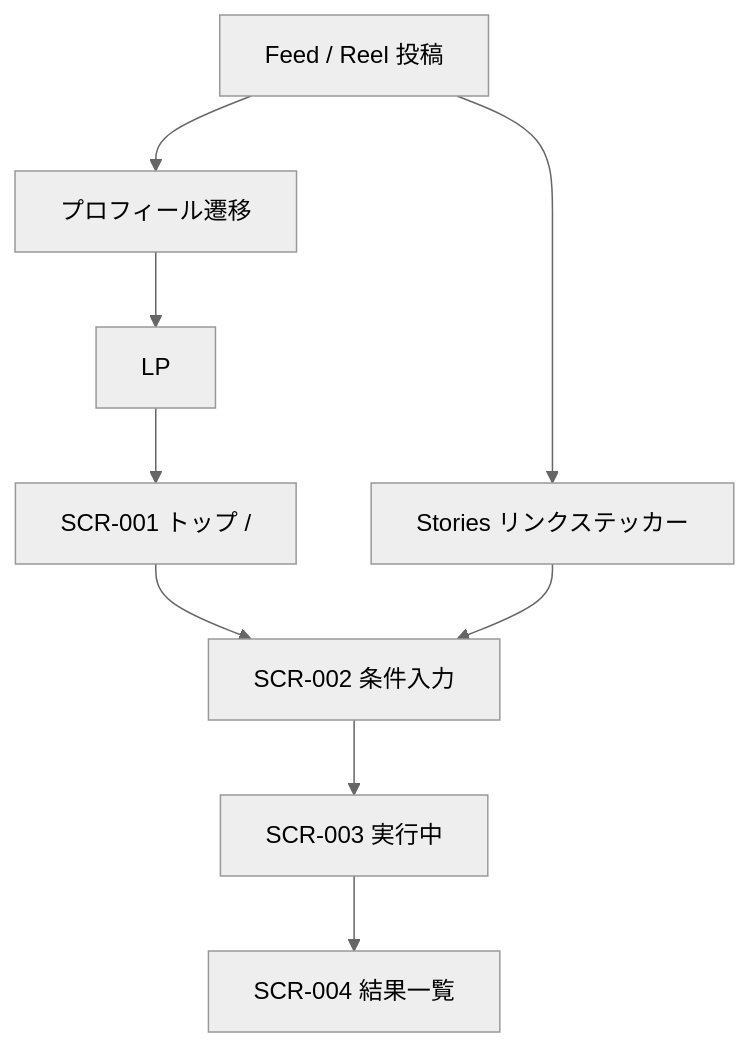
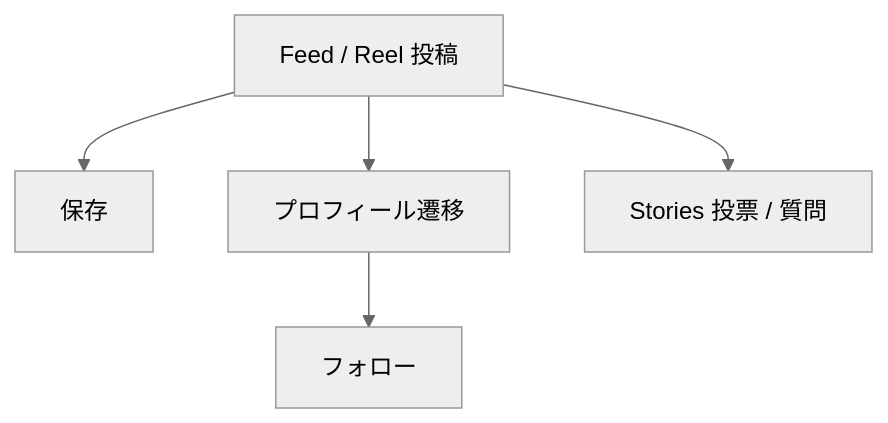
Before and after one commit to ryo-chan-k6/GiftRecommendAPP_MVP_CYCLE_3: the diagram in docs/01_事業構想/Instagram初期運用案.md, drawn with Mermaid (neutral theme). The commit also changed other lines of this file and 1 other file, not shown here.

````diff
--- a/docs/01_事業構想/Instagram初期運用案.md
+++ b/docs/01_事業構想/Instagram初期運用案.md
@@ -116,20 +119,13 @@
 ```mermaid
 flowchart TD
   post[Feed / Reel 投稿]
+  save[保存]
   profile[プロフィール遷移]
-  lp[LP]
-  home[SCR-001 トップ /]
-  stories[Stories リンクステッカー]
-  input[SCR-002 条件入力]
-  run[SCR-003 実行中]
-  result[SCR-004 結果一覧]
+  follow[フォロー]
+  stories[Stories 投票 / 質問]
 
+  post --> save
   post --> profile
-  profile --> lp
-  lp --> home
-  home --> input
+  profile --> follow
   post --> stories
-  stories --> input
-  input --> run
-  run --> result
 ```
````
